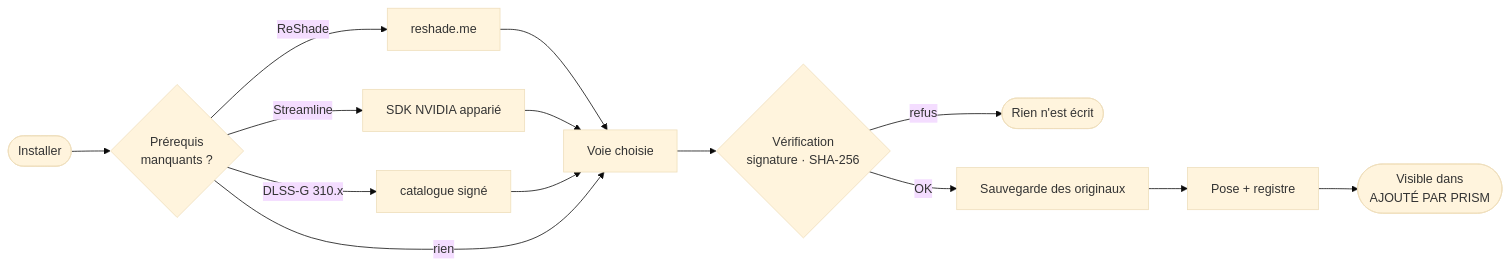
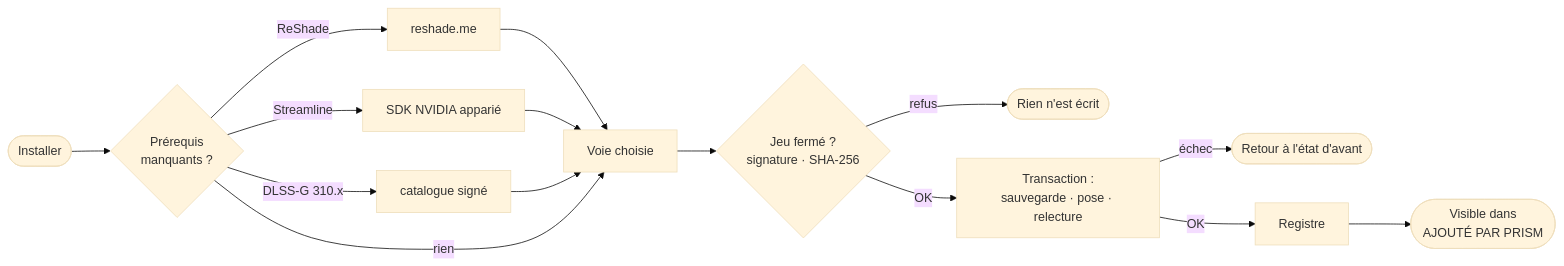
Before and after one commit to Skynizz/Prism: the diagram in README.md, drawn with Mermaid (base theme). The commit also changed other lines of this file and 38 other files, not shown here.

````diff
--- a/README.md
+++ b/README.md
@@ -112,14 +112,15 @@
 ```mermaid
 flowchart LR
     A([Installer]) --> B{Prérequis<br/>manquants ?}
     B -- ReShade --> C[reshade.me]
     B -- Streamline --> D[SDK NVIDIA apparié]
     B -- DLSS-G 310.x --> E[catalogue signé]
     C & D & E --> F[Voie choisie]
     B -- rien --> F
-    F --> G{Vérification<br/>signature · SHA-256}
+    F --> G{Jeu fermé ?<br/>signature · SHA-256}
     G -- refus --> H([Rien n'est écrit])
-    G -- OK --> I[Sauvegarde des originaux]
-    I --> J[Pose + registre]
+    G -- OK --> I[Transaction :<br/>sauvegarde · pose · relecture]
+    I -- échec --> L([Retour à l'état d'avant])
+    I -- OK --> J[Registre]
     J --> K([Visible dans<br/>AJOUTÉ PAR PRISM])
 ```
````
